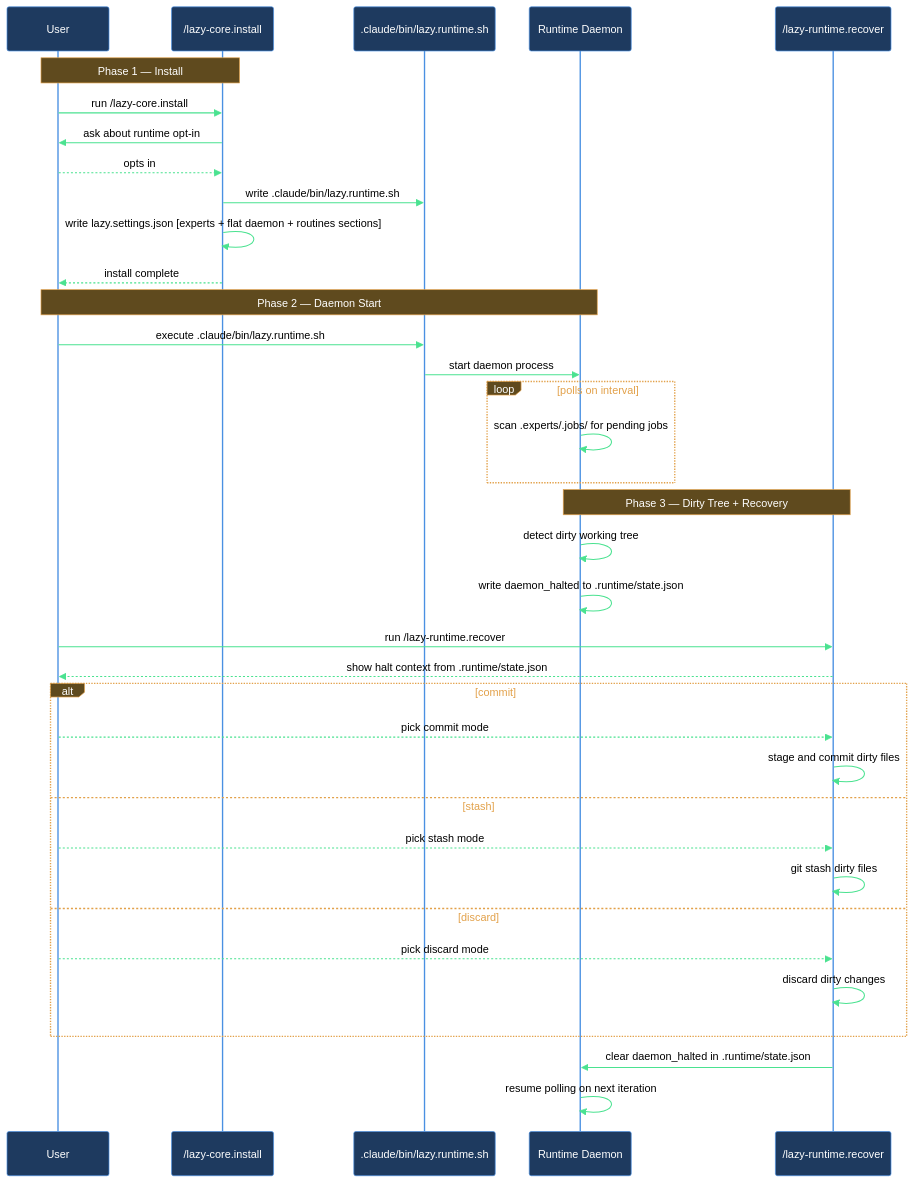
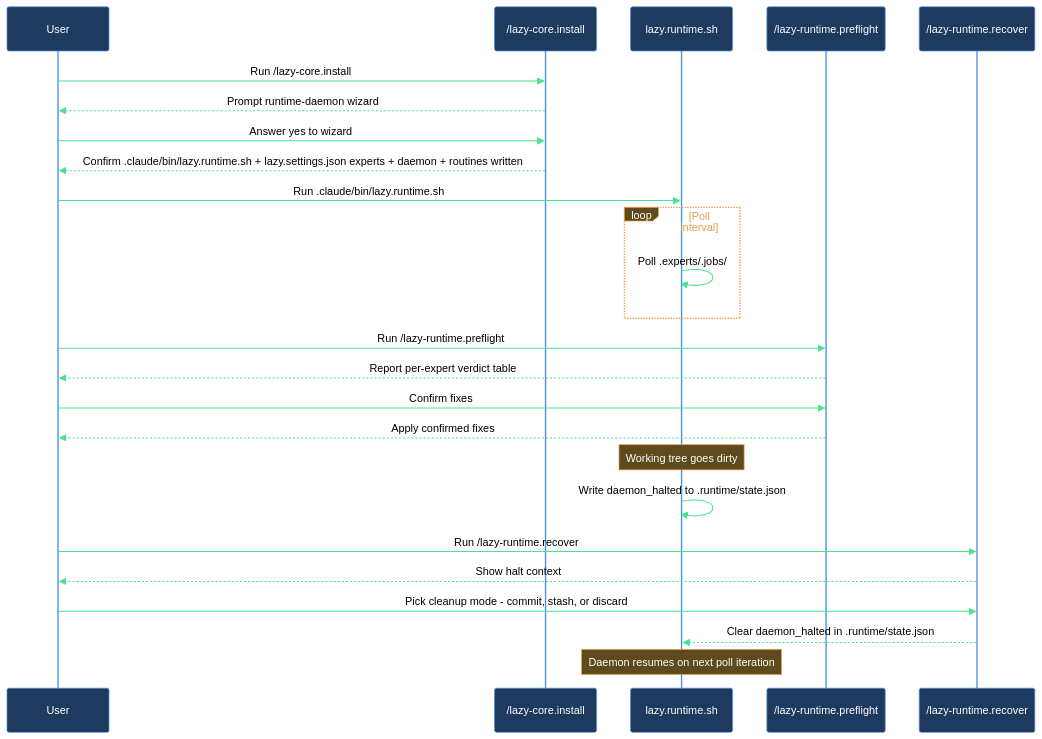
Before and after one commit to mebius-san/lazy-cortex: the diagram in claude/lazycortex-core/help/walkthroughs/setup-runtime.md, drawn with Mermaid. The commit also changed other lines of this file and 63 other files, not shown here.

First line of the commit message:
publish lazycortex-core 5.9.0, lazycortex-experts 0.5.0, lazycortex-python 1.9.0

````diff
--- a/claude/lazycortex-core/help/walkthroughs/setup-runtime.md
+++ b/claude/lazycortex-core/help/walkthroughs/setup-runtime.md
@@ -112,45 +92,29 @@
 ```mermaid
 %%{init: {'themeVariables':{'background':'transparent','primaryColor':'#1e3a5f','primaryBorderColor':'#4a90e2','primaryTextColor':'#fff','lineColor':'#4ae290','actorBkg':'#1e3a5f','actorBorder':'#4a90e2','actorTextColor':'#fff','actorLineColor':'#4a90e2','signalColor':'#4ae290','signalTextColor':'#000','noteBkgColor':'#5f4a1e','noteBorderColor':'#e2a14a','noteTextColor':'#fff','labelBoxBkgColor':'#5f4a1e','labelBoxBorderColor':'#e2a14a','labelTextColor':'#fff','loopTextColor':'#e2a14a'},'sequence':{'diagramPadding':5,'useMaxWidth':true}}}%%
 sequenceDiagram
   participant user as User
   participant installSkill as /lazy-core.install
-  participant runtimeSh as .claude/bin/lazy.runtime.sh
-  participant daemon as Runtime Daemon
+  participant runtimeDaemon as lazy.runtime.sh
+  participant preflightSkill as /lazy-runtime.preflight
   participant recoverSkill as /lazy-runtime.recover
 
-  Note over user,installSkill: Phase 1 — Install
-
-  user->>installSkill: run /lazy-core.install
-  installSkill->>user: ask about runtime opt-in
-  user-->>installSkill: opts in
-  installSkill->>runtimeSh: write .claude/bin/lazy.runtime.sh
-  installSkill->>installSkill: write lazy.settings.json [experts + flat daemon + routines sections]
-  installSkill-->>user: install complete
-
-  Note over user,daemon: Phase 2 — Daemon Start
-
-  user->>runtimeSh: execute .claude/bin/lazy.runtime.sh
-  runtimeSh->>daemon: start daemon process
-  loop polls on interval
-    daemon->>daemon: scan .experts/.jobs/ for pending jobs
+  user->>installSkill: Run /lazy-core.install
+  installSkill-->>user: Prompt runtime-daemon wizard
+  user->>installSkill: Answer yes to wizard
+  installSkill-->>user: Confirm .claude/bin/lazy.runtime.sh + lazy.settings.json experts + daemon + routines written
+  user->>runtimeDaemon: Run .claude/bin/lazy.runtime.sh
+  loop Poll interval
+    runtimeDaemon->>runtimeDaemon: Poll .experts/.jobs/
   end
-
-  Note over daemon,recoverSkill: Phase 3 — Dirty Tree + Recovery
-
-  daemon->>daemon: detect dirty working tree
-  daemon->>daemon: write daemon_halted to .runtime/state.json
-  user->>recoverSkill: run /lazy-runtime.recover
-  recoverSkill-->>user: show halt context from .runtime/state.json
-  alt commit
-    user-->>recoverSkill: pick commit mode
-    recoverSkill->>recoverSkill: stage and commit dirty files
-  else stash
-    user-->>recoverSkill: pick stash mode
-    recoverSkill->>recoverSkill: git stash dirty files
-  else discard
-    user-->>recoverSkill: pick discard mode
-    recoverSkill->>recoverSkill: discard dirty changes
-  end
-  recoverSkill->>daemon: clear daemon_halted in .runtime/state.json
-  daemon->>daemon: resume polling on next iteration
+  user->>preflightSkill: Run /lazy-runtime.preflight
+  preflightSkill-->>user: Report per-expert verdict table
+  user->>preflightSkill: Confirm fixes
+  preflightSkill-->>user: Apply confirmed fixes
+  Note over runtimeDaemon: Working tree goes dirty
+  runtimeDaemon->>runtimeDaemon: Write daemon_halted to .runtime/state.json
+  user->>recoverSkill: Run /lazy-runtime.recover
+  recoverSkill-->>user: Show halt context
+  user->>recoverSkill: Pick cleanup mode - commit, stash, or discard
+  recoverSkill-->>runtimeDaemon: Clear daemon_halted in .runtime/state.json
+  Note over runtimeDaemon: Daemon resumes on next poll iteration
 ```
````
